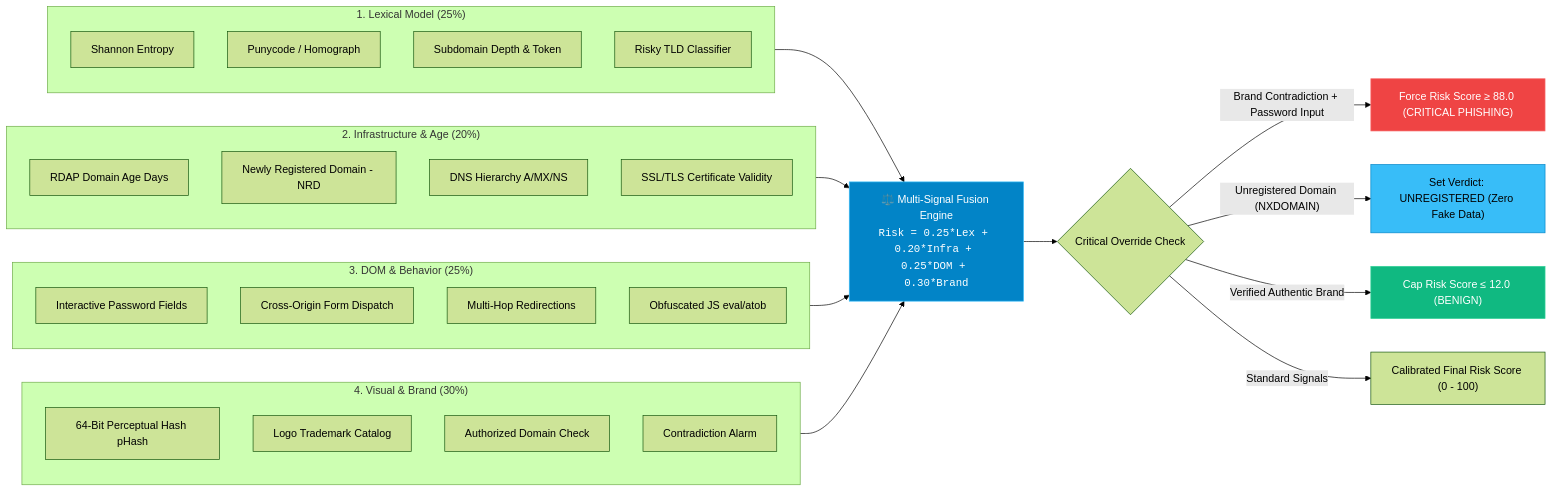
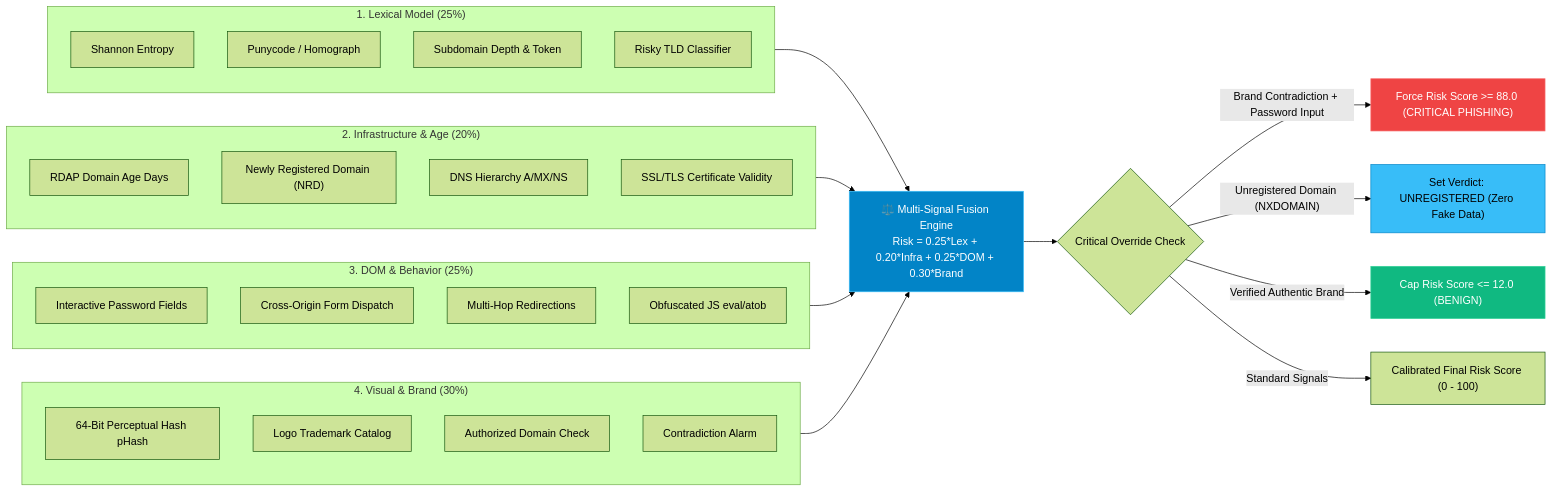
One commit to Ashutosh6226Tiwari/Cyberguard-AI changed the third of 5 diagrams in README.md. Above: the diagram before and after it, drawn with Mermaid (forest theme). The commit also changed other lines of this file, not shown here.

Commit message:
fix(docs): fix Mermaid diagram syntax errors and quote node labels for GitHub compatibility

````diff
--- a/README.md
+++ b/README.md
@@ -154,46 +159,46 @@
 ```mermaid
 flowchart LR
     subgraph S1["1. Lexical Model (25%)"]
-        L1[Shannon Entropy]
-        L2[Punycode / Homograph]
-        L3[Subdomain Depth & Token]
-        L4[Risky TLD Classifier]
+        L1["Shannon Entropy"]
+        L2["Punycode / Homograph"]
+        L3["Subdomain Depth & Token"]
+        L4["Risky TLD Classifier"]
     end
 
     subgraph S2["2. Infrastructure & Age (20%)"]
-        I1[RDAP Domain Age Days]
-        I2[Newly Registered Domain - NRD]
-        I3[DNS Hierarchy A/MX/NS]
-        I4[SSL/TLS Certificate Validity]
+        I1["RDAP Domain Age Days"]
+        I2["Newly Registered Domain (NRD)"]
+        I3["DNS Hierarchy A/MX/NS"]
+        I4["SSL/TLS Certificate Validity"]
     end
 
     subgraph S3["3. DOM & Behavior (25%)"]
-        D1[Interactive Password Fields]
-        D2[Cross-Origin Form Dispatch]
-        D3[Multi-Hop Redirections]
-        D4[Obfuscated JS eval/atob]
+        D1["Interactive Password Fields"]
+        D2["Cross-Origin Form Dispatch"]
+        D3["Multi-Hop Redirections"]
+        D4["Obfuscated JS eval/atob"]
     end
 
     subgraph S4["4. Visual & Brand (30%)"]
-        V1[64-Bit Perceptual Hash pHash]
-        V2[Logo Trademark Catalog]
-        V3[Authorized Domain Check]
-        V4[Contradiction Alarm]
+        V1["64-Bit Perceptual Hash pHash"]
+        V2["Logo Trademark Catalog"]
+        V3["Authorized Domain Check"]
+        V4["Contradiction Alarm"]
     end
 
-    S1 --> FUSION["⚖️ Multi-Signal Fusion Engine<br/><code>Risk = 0.25*Lex + 0.20*Infra + 0.25*DOM + 0.30*Brand</code>"]
+    S1 --> FUSION["⚖️ Multi-Signal Fusion Engine<br/>Risk = 0.25*Lex + 0.20*Infra + 0.25*DOM + 0.30*Brand"]
     S2 --> FUSION
     S3 --> FUSION
     S4 --> FUSION
 
-    FUSION --> OVERRIDE{Critical Override Check}
-    OVERRIDE -- "Brand Contradiction + Password Input" --> CRIT["Force Risk Score ≥ 88.0 (CRITICAL PHISHING)"]
+    FUSION --> OVERRIDE{"Critical Override Check"}
+    OVERRIDE -- "Brand Contradiction + Password Input" --> CRIT["Force Risk Score >= 88.0 (CRITICAL PHISHING)"]
     OVERRIDE -- "Unregistered Domain (NXDOMAIN)" --> UNREG["Set Verdict: UNREGISTERED (Zero Fake Data)"]
-    OVERRIDE -- "Verified Authentic Brand" --> SAFE["Cap Risk Score ≤ 12.0 (BENIGN)"]
+    OVERRIDE -- "Verified Authentic Brand" --> SAFE["Cap Risk Score <= 12.0 (BENIGN)"]
     OVERRIDE -- "Standard Signals" --> CALIB["Calibrated Final Risk Score (0 - 100)"]
 
     style FUSION fill:#0284c7,stroke:#38bdf8,color:#fff
     style CRIT fill:#ef4444,stroke:#f87171,color:#fff
     style UNREG fill:#38bdf8,stroke:#0284c7,color:#000
     style SAFE fill:#10b981,stroke:#34d399,color:#fff
 ```
````
